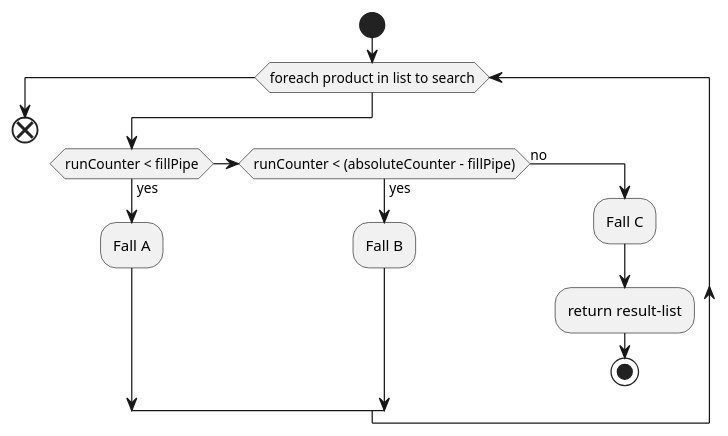
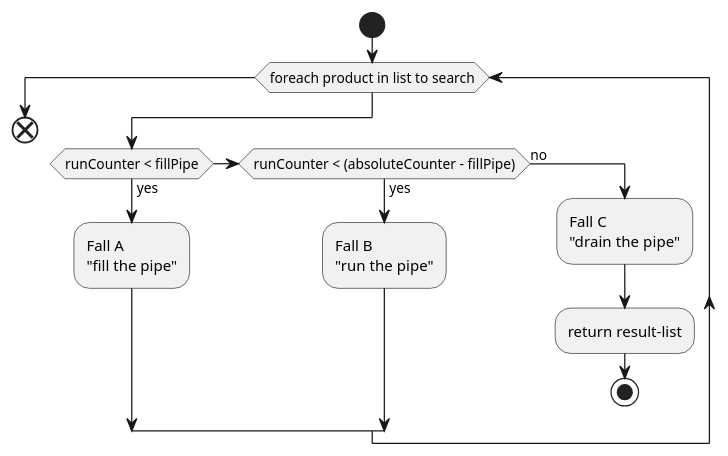
One commit to KnYL3R/AmIVulnerable changed the diagram in documentation/pap/simultaniusSearchDb.puml. Above: the diagram before and after it, drawn with PlantUML. The commit also changed other lines of this file and 7 other files, not shown here.

```diff
--- a/documentation/pap/simultaniusSearchDb.puml
+++ b/documentation/pap/simultaniusSearchDb.puml
@@ -1,17 +1,17 @@
 @startuml "Simultanius search on LiteDb-Files"
 
     start
     while (foreach product in list to search)
         if (runCounter < fillPipe) then (yes)
-            :Fall A;
+            :Fall A\n"fill the pipe";
         elseif (runCounter < (absoluteCounter - fillPipe)) then (yes)
-            :Fall B;
+            :Fall B\n"run the pipe";
         else (no)
-            :Fall C;
+            :Fall C\n"drain the pipe";
             :return result-list;
             stop
         endif
     endwhile
     end
 
 @enduml
```
